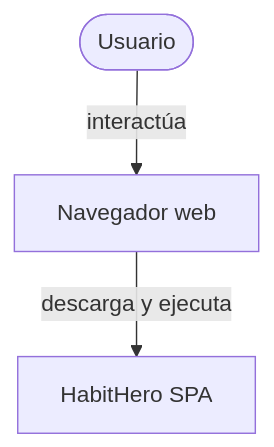
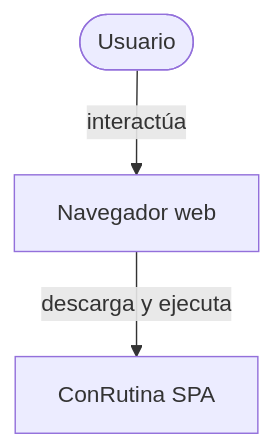
Before and after one commit to isaacmvimv/AI4Devs-finalproject-IMV: the third of 5 diagrams in docs/infrastructure.md, drawn with Mermaid. The commit also changed other lines of this file and 125 other files, not shown here.

````diff
--- a/docs/infrastructure.md
+++ b/docs/infrastructure.md
@@ -266,9 +273,9 @@
 ```mermaid
 flowchart TB
     User([Usuario])
     Browser[Navegador web]
-    App[HabitHero SPA]
+    App[ConRutina SPA]
 
     User -->|interactúa| Browser
     Browser -->|descarga y ejecuta| App
 ```
````
